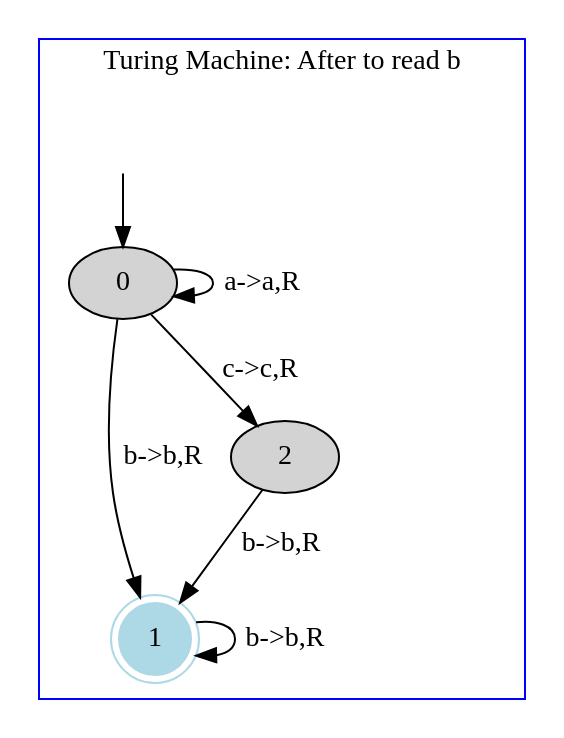
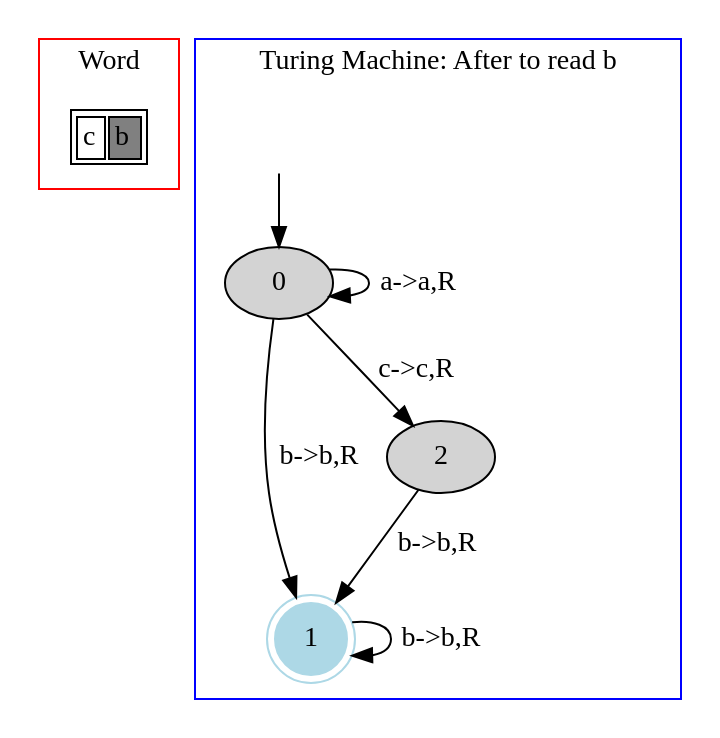
One commit to danielScLima/turing_machine changed the diagram in TM/images/file3.dot. Above: the diagram before and after it, drawn with Graphviz. The commit also changed 7 other files, not shown here.

```diff
--- a/TM/images/file3.dot
+++ b/TM/images/file3.dot
@@ -1,17 +1,29 @@
 digraph G {
+	subgraph cluster_0 {
+		node [shape=plaintext];
+
+struct1 [label=<<TABLE>
+<TR>
+<TD><FONT>c</FONT></TD>
+<TD BGCOLOR="gray"><FONT>b</FONT></TD>
+</TR>
+</TABLE>>];
+label = "Word";
+color=red;
+}
 	subgraph cluster_1 {
 		node [style=filled];
 		label = "Turing Machine: After to read b"
 		color=blue;
 
 		0;
 		1 [shape="doublecircle",color="lightblue"];
 		2;
 		0->0[label="a->a,R"];
 		0->1[label="b->b,R"];
 		0->2[label="c->c,R"];
 		1->1[label="b->b,R"];
 		2->1[label="b->b,R"];
 x [color=white, label=""];		x->0	}
 
 }
```
